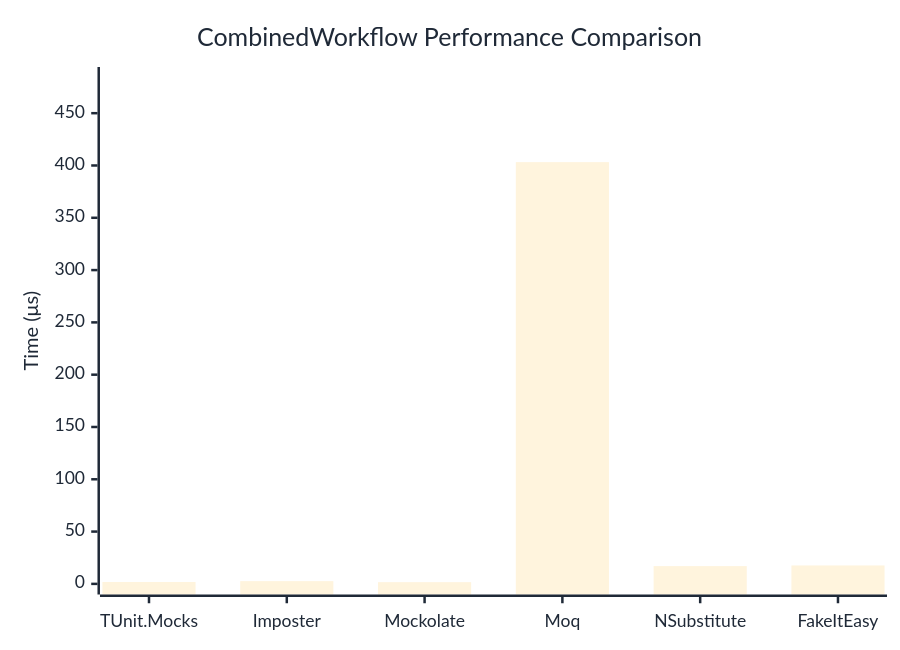
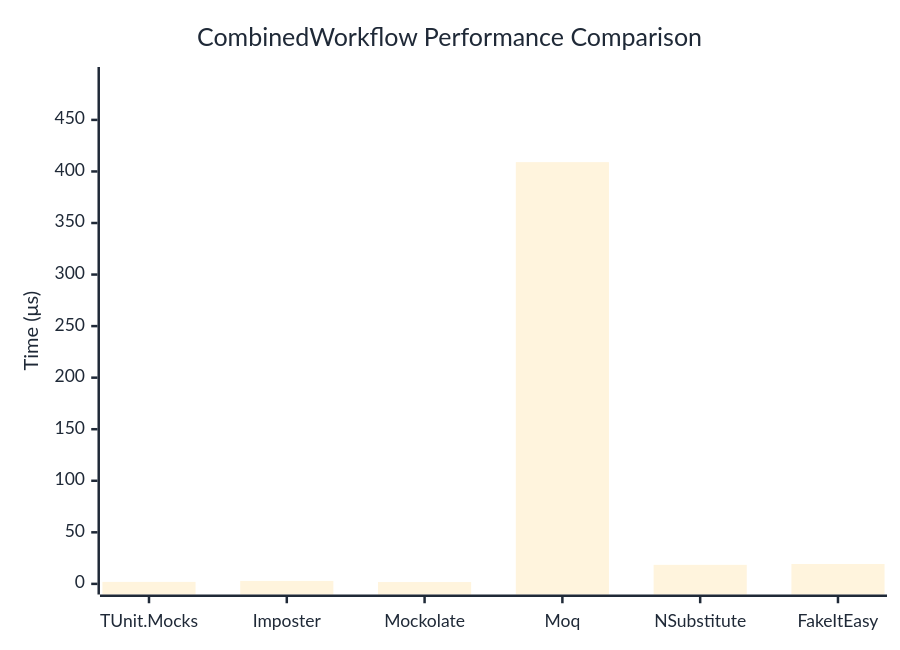
One commit to thomhurst/TUnit changed the diagram in docs/docs/benchmarks/mocks/CombinedWorkflow.md. Above: the diagram before and after it, drawn with Mermaid. The commit also changed other lines of this file and 14 other files, not shown here.

````diff
--- a/docs/docs/benchmarks/mocks/CombinedWorkflow.md
+++ b/docs/docs/benchmarks/mocks/CombinedWorkflow.md
@@ -30,27 +30,27 @@
 ```mermaid
 %%{init: {
   'theme':'base',
   'themeVariables': {
     'primaryColor': '#2563eb',
     'primaryTextColor': '#1f2937',
     'primaryBorderColor': '#1e40af',
     'lineColor': '#6b7280',
     'secondaryColor': '#7c3aed',
     'tertiaryColor': '#dc2626',
     'background': '#ffffff',
     'pie1': '#2563eb',
     'pie2': '#7c3aed',
     'pie3': '#dc2626',
     'pie4': '#f59e0b',
     'pie5': '#10b981',
     'pie6': '#06b6d4',
     'pie7': '#ec4899',
     'pie8': '#6366f1'
   }
 }}%%
 xychart-beta
   title "CombinedWorkflow Performance Comparison"
   x-axis ["TUnit.Mocks", "Imposter", "Mockolate", "Moq", "NSubstitute", "FakeItEasy"]
-  y-axis "Time (μs)" 0 --> 484
-  bar [1.791, 2.613, 1.64, 403.208, 17.002, 17.623]
+  y-axis "Time (μs)" 0 --> 491
+  bar [1.92, 2.863, 1.785, 409.033, 18.457, 19.269]
 ```
````
